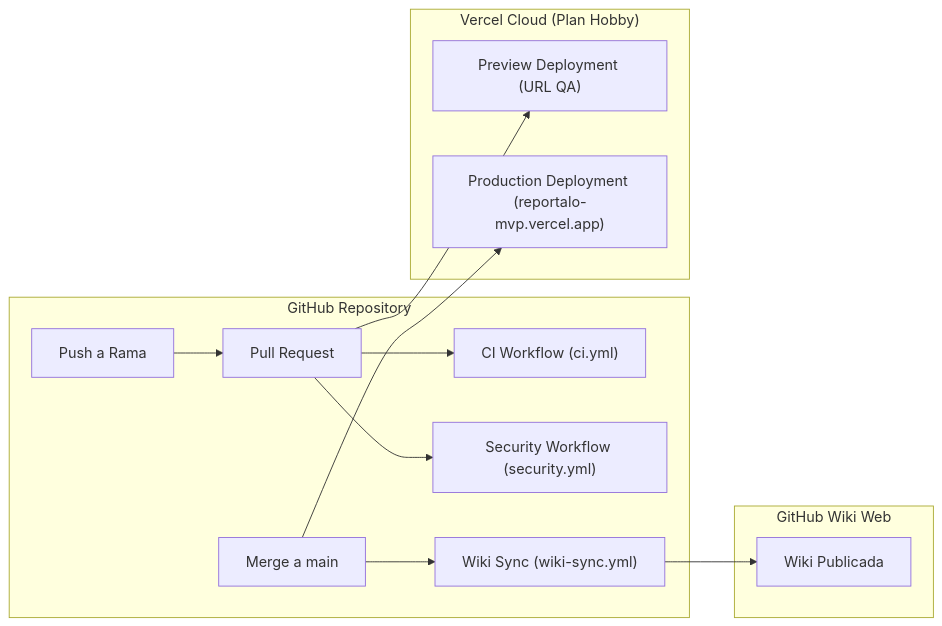
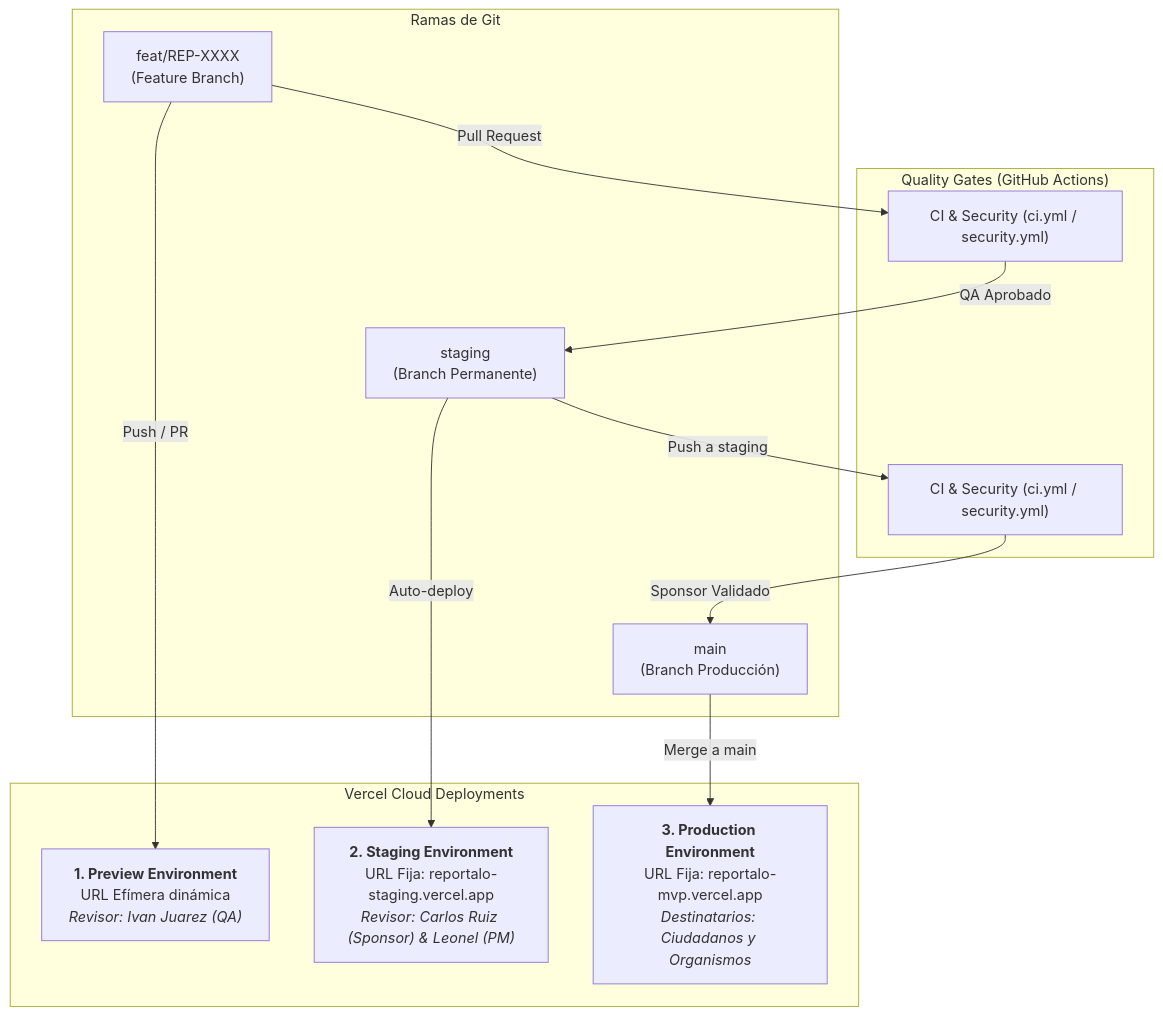
Before and after one commit to Mathiiuk/reportalo.mvp: the diagram in wiki/05-ci-cd-infraestructura.md, drawn with Mermaid. The commit also changed other lines of this file and 8 other files, not shown here.

First line of the commit message:
feat(infra): configurar ambiente de staging permanente para sponsor y PM (REP-3307)

````diff
--- a/wiki/05-ci-cd-infraestructura.md
+++ b/wiki/05-ci-cd-infraestructura.md
@@ -25,18 +14,27 @@
 ```mermaid
-graph LR
-    subgraph GitHub["GitHub Repository"]
-        Commit["Push a Rama"] --> PR["Pull Request"]
-        PR --> W_CI["CI Workflow (ci.yml)"]
-        PR --> W_SEC["Security Workflow (security.yml)"]
-        Merge["Merge a main"] --> W_WIKI["Wiki Sync (wiki-sync.yml)"]
+graph TD
+    subgraph GitBranches["Ramas de Git"]
+        F["feat/REP-XXXX<br>(Feature Branch)"]
+        S["staging<br>(Branch Permanente)"]
+        M["main<br>(Branch Producción)"]
     end
 
-    subgraph VercelCloud["Vercel Cloud (Plan Hobby)"]
-        PR --> V_PREVIEW["Preview Deployment (URL QA)"]
-        Merge --> V_PROD["Production Deployment (reportalo-mvp.vercel.app)"]
+    subgraph GitHubCI["Quality Gates (GitHub Actions)"]
+        CI1["CI & Security (ci.yml / security.yml)"]
+        CI2["CI & Security (ci.yml / security.yml)"]
     end
 
-    subgraph GitHubWiki["GitHub Wiki Web"]
-        W_WIKI --> W_PUB["Wiki Publicada"]
+    subgraph VercelEnvironments["Vercel Cloud Deployments"]
+        V_PREVIEW["<b>1. Preview Environment</b><br>URL Efímera dinámica<br><i>Revisor: Ivan Juarez (QA)</i>"]
+        V_STAGING["<b>2. Staging Environment</b><br>URL Fija: reportalo-staging.vercel.app<br><i>Revisor: Carlos Ruiz (Sponsor) & Leonel (PM)</i>"]
+        V_PROD["<b>3. Production Environment</b><br>URL Fija: reportalo-mvp.vercel.app<br><i>Destinatarios: Ciudadanos y Organismos</i>"]
     end
+
+    F -->|Pull Request| CI1
+    F -->|Push / PR| V_PREVIEW
+    CI1 -->|QA Aprobado| S
+    S -->|Push a staging| CI2
+    S -->|Auto-deploy| V_STAGING
+    CI2 -->|Sponsor Validado| M
+    M -->|Merge a main| V_PROD
 ```
````
